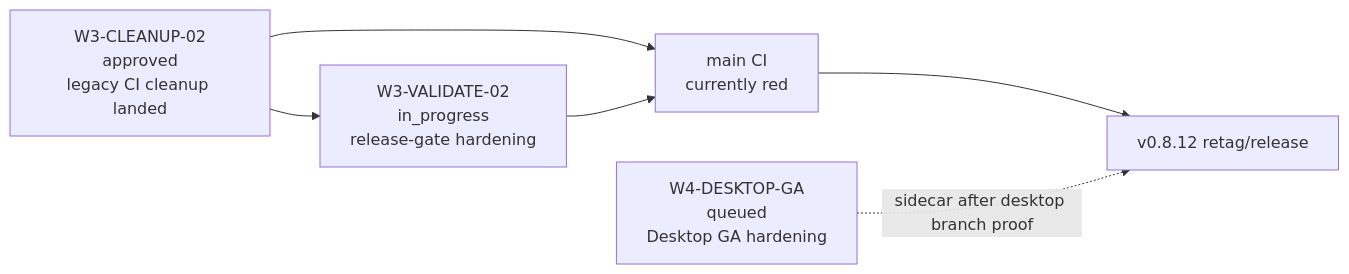
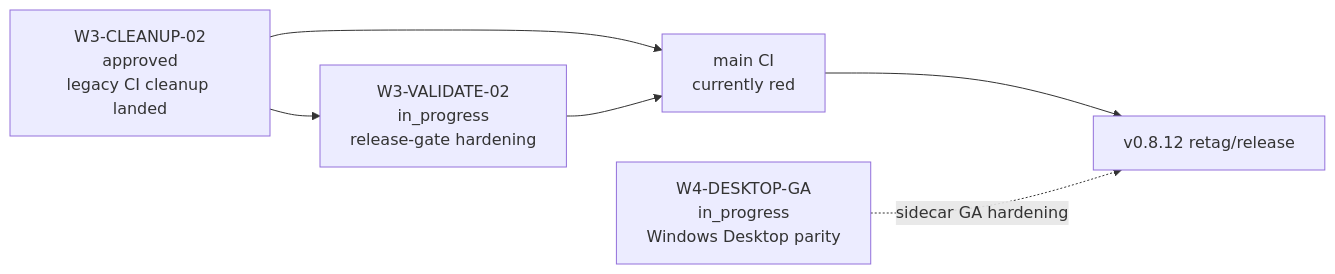
One commit to mendeleden/jin changed the diagram in .execution/program.md. Above: the diagram before and after it, drawn with Mermaid. The commit also changed other lines of this file and 19 other files, not shown here.

````diff
--- a/.execution/program.md
+++ b/.execution/program.md
@@ -9,14 +9,14 @@
 ```mermaid
 flowchart LR
   Cleanup02["W3-CLEANUP-02<br/>approved<br/>legacy CI cleanup landed"]
   Validate02["W3-VALIDATE-02<br/>in_progress<br/>release-gate hardening"]
-  DesktopGA["W4-DESKTOP-GA<br/>queued<br/>Desktop GA hardening"]
+  DesktopGA["W4-DESKTOP-GA<br/>in_progress<br/>Windows Desktop parity"]
   MainCI["main CI<br/>currently red"]
   Release["v0.8.12 retag/release"]
 
   Cleanup02 --> MainCI
   Cleanup02 --> Validate02
   Validate02 --> MainCI
   MainCI --> Release
-  DesktopGA -. sidecar after desktop branch proof .-> Release
+  DesktopGA -. sidecar GA hardening .-> Release
 ```
````
